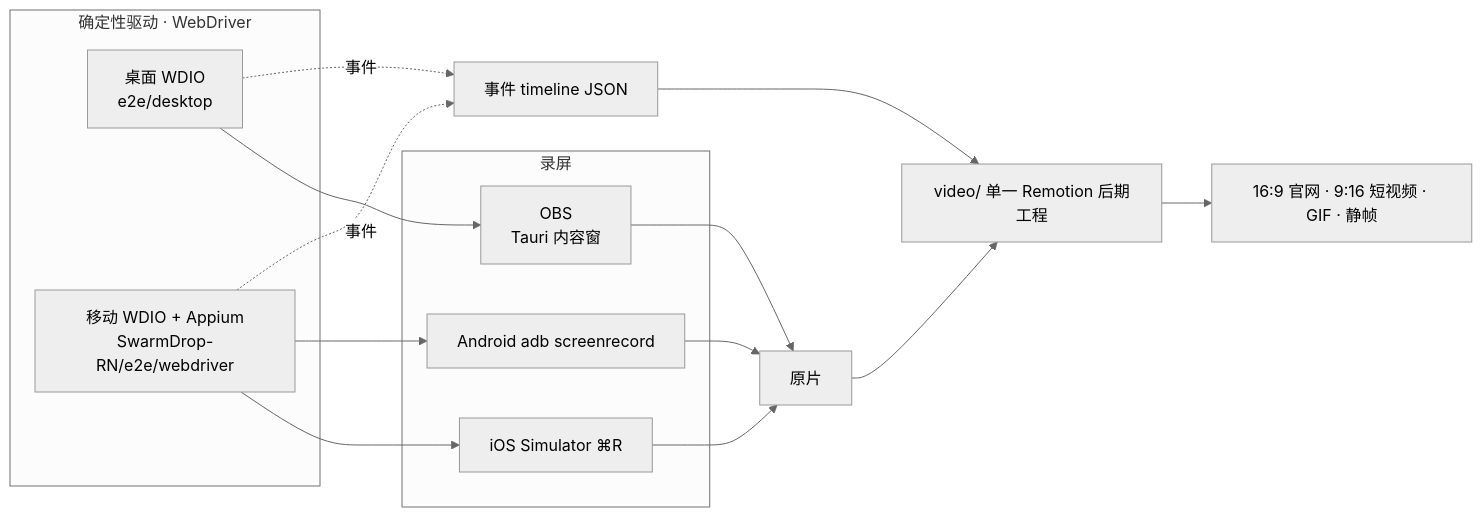
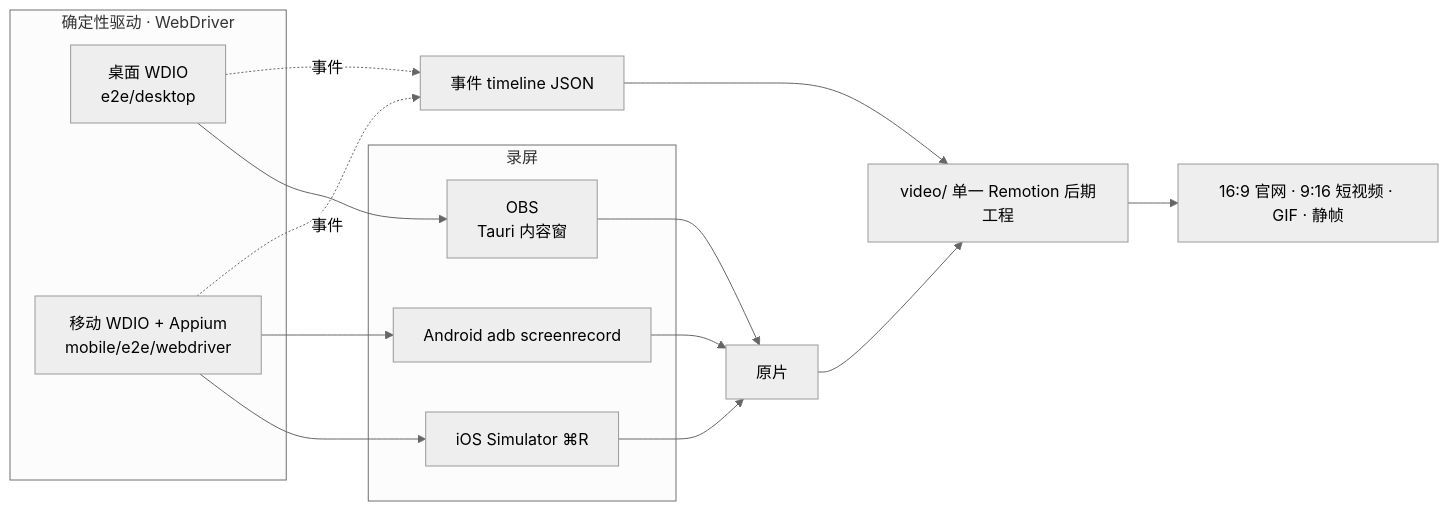
Before and after one commit to swarm-apps/SwarmDrop: the first of 2 diagrams in e2e/desktop/demo-asset-plan.md, drawn with Mermaid (neutral theme). The commit also changed other lines of this file and 7 other files, not shown here.

````diff
--- a/e2e/desktop/demo-asset-plan.md
+++ b/e2e/desktop/demo-asset-plan.md
@@ -32,23 +32,23 @@
 ```mermaid
 flowchart LR
   subgraph 驱动层["确定性驱动 · WebDriver"]
     DW["桌面 WDIO<br/>e2e/desktop"]
-    MW["移动 WDIO + Appium<br/>SwarmDrop-RN/e2e/webdriver"]
+    MW["移动 WDIO + Appium<br/>mobile/e2e/webdriver"]
   end
   subgraph 采集层["录屏"]
     OBS["OBS<br/>Tauri 内容窗"]
     IOS["iOS Simulator ⌘R"]
     ADB["Android adb screenrecord"]
   end
   DW --> OBS
   MW --> IOS
   MW --> ADB
   DW -. 事件 .-> TL["事件 timeline JSON"]
   MW -. 事件 .-> TL
   OBS --> RAW["原片"]
   IOS --> RAW
   ADB --> RAW
   RAW --> V["video/ 单一 Remotion 后期工程"]
   TL --> V
   V --> OUT["16:9 官网 · 9:16 短视频 · GIF · 静帧"]
 ```
````
